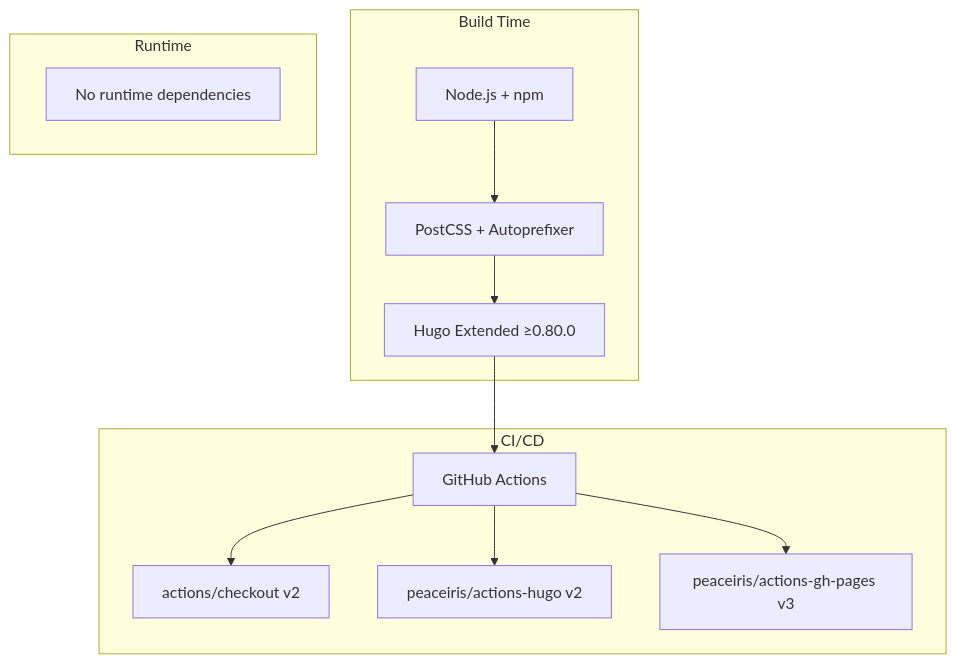
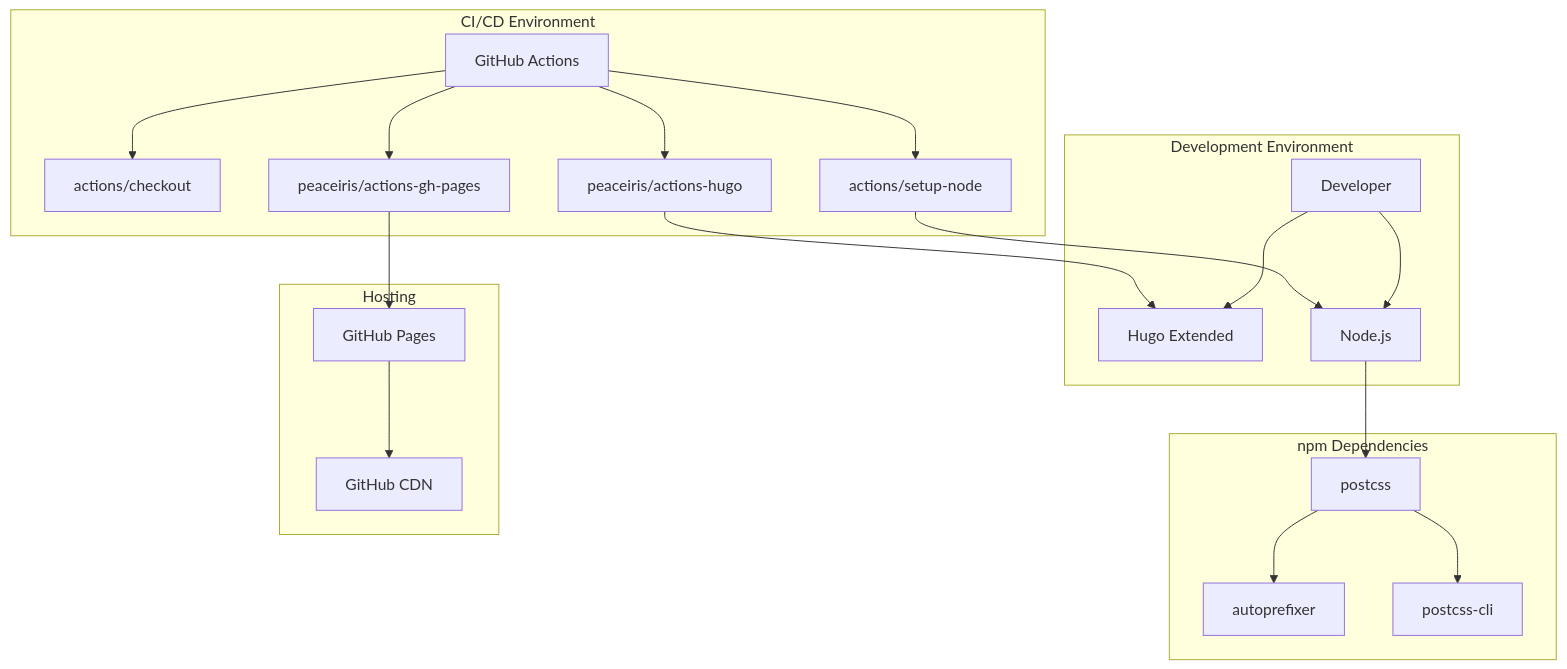
One commit to citosid/citosid.github.io changed the diagram in .sop/summary/dependencies.md. Above: the diagram before and after it, drawn with Mermaid. The commit also changed other lines of this file and 9 other files, not shown here.

````diff
--- a/.sop/summary/dependencies.md
+++ b/.sop/summary/dependencies.md
@@ -62,26 +272,43 @@
 ```mermaid
-graph TD
-    subgraph "Build Time"
-        HUGO[Hugo Extended ≥0.80.0]
-        NODE[Node.js + npm]
-        POSTCSS[PostCSS + Autoprefixer]
-        NODE --> POSTCSS
-        POSTCSS --> HUGO
+graph TB
+    subgraph "Development Environment"
+        DEV[Developer]
+        HUGO[Hugo Extended]
+        NODE[Node.js]
     end
-
-    subgraph "CI/CD"
+    
+    subgraph "npm Dependencies"
+        POST[postcss]
+        AUTO[autoprefixer]
+        CLI[postcss-cli]
+    end
+    
+    subgraph "CI/CD Environment"
         GHA[GitHub Actions]
-        CHECKOUT[actions/checkout v2]
-        HUGOACT[peaceiris/actions-hugo v2]
-        DEPLOY[peaceiris/actions-gh-pages v3]
-        GHA --> CHECKOUT
-        GHA --> HUGOACT
-        GHA --> DEPLOY
+        CHECKOUT[actions/checkout]
+        SETUP_HUGO[peaceiris/actions-hugo]
+        SETUP_NODE[actions/setup-node]
+        DEPLOY[peaceiris/actions-gh-pages]
     end
-
-    subgraph "Runtime"
-        NONE[No runtime dependencies]
+    
+    subgraph "Hosting"
+        GHP[GitHub Pages]
+        CDN[GitHub CDN]
     end
-
-    HUGO --> GHA
+    
+    DEV --> HUGO
+    DEV --> NODE
+    NODE --> POST
+    POST --> AUTO
+    POST --> CLI
+    
+    GHA --> CHECKOUT
+    GHA --> SETUP_HUGO
+    GHA --> SETUP_NODE
+    GHA --> DEPLOY
+    
+    SETUP_HUGO --> HUGO
+    SETUP_NODE --> NODE
+    DEPLOY --> GHP
+    GHP --> CDN
 ```
````
